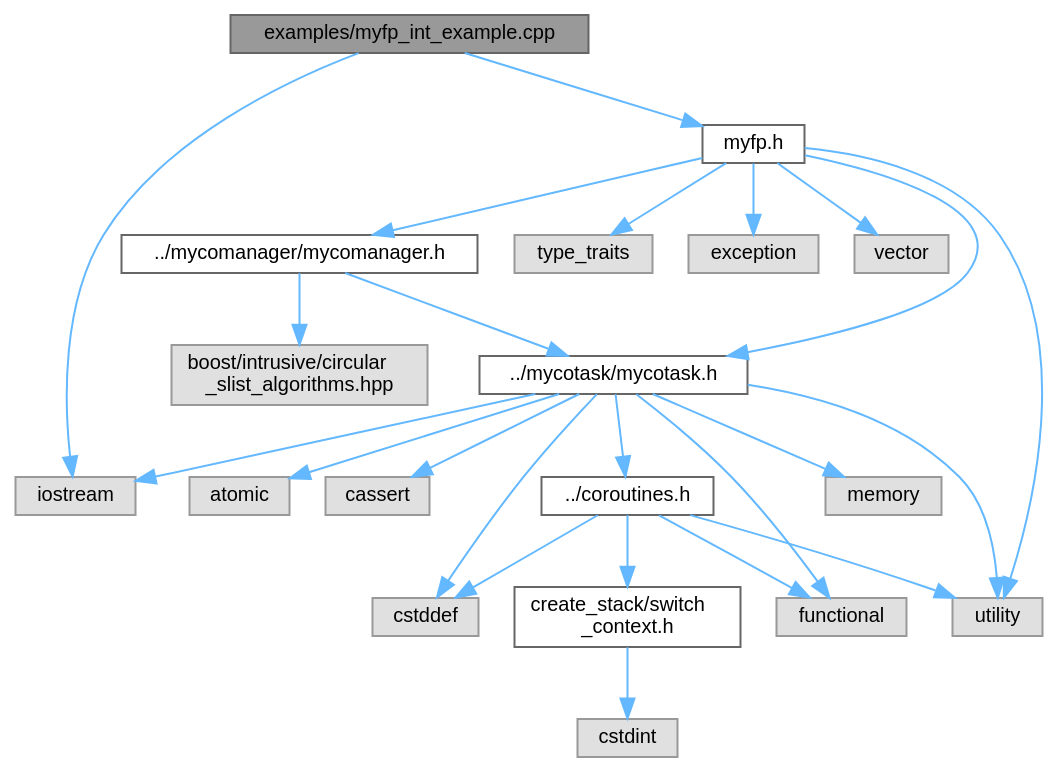
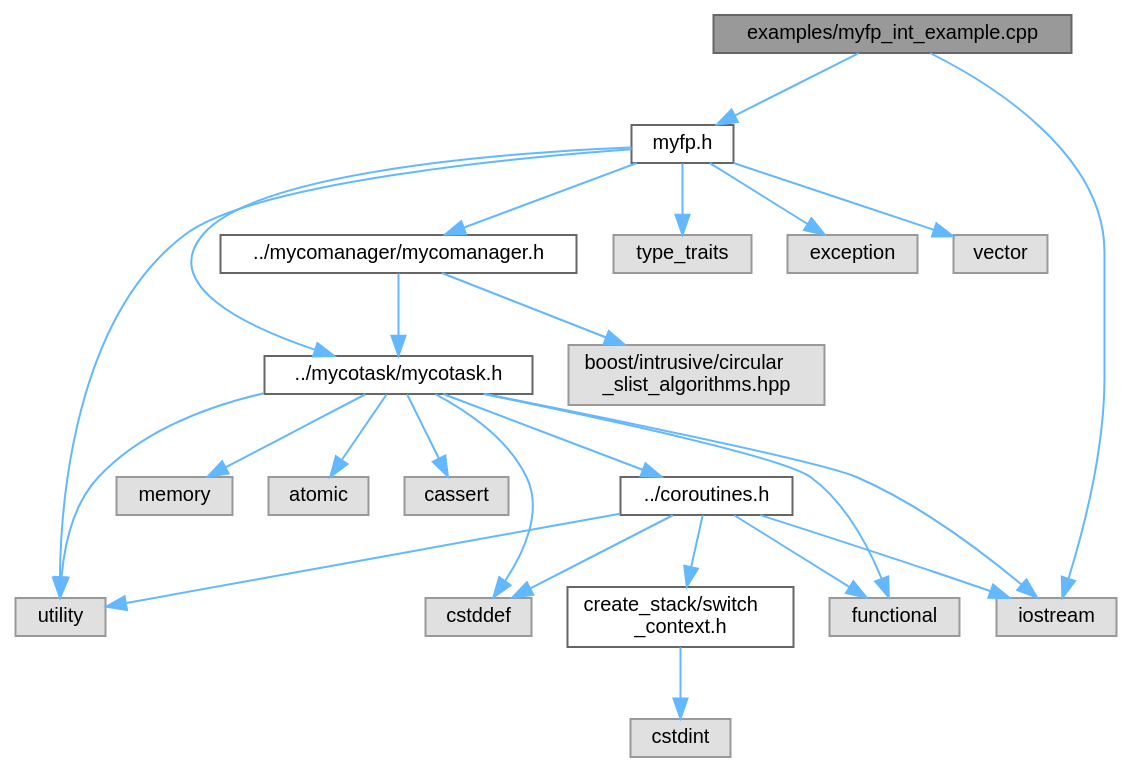
Before and after one commit to lalkaman1981/coroutins: the diagram in myfp__int__example_8cpp__incl.dot, drawn with Graphviz. The commit also changed 16 other files, not shown here.

```diff
--- a/myfp__int__example_8cpp__incl.dot
+++ b/myfp__int__example_8cpp__incl.dot
@@ -1,48 +1,49 @@
 digraph "examples/myfp_int_example.cpp"
 {
  // LATEX_PDF_SIZE
   bgcolor="transparent";
   edge [fontname=Helvetica,fontsize=10,labelfontname=Helvetica,labelfontsize=10];
   node [fontname=Helvetica,fontsize=10,shape=box,height=0.2,width=0.4];
   Node1 [id="Node000001",label="examples/myfp_int_example.cpp",height=0.2,width=0.4,color="gray40", fillcolor="grey60", style="filled", fontcolor="black",tooltip=" "];
   Node1 -> Node2 [id="edge1_Node000001_Node000002",color="steelblue1",style="solid",tooltip=" "];
   Node2 [id="Node000002",label="myfp.h",height=0.2,width=0.4,color="grey40", fillcolor="white", style="filled",URL="$myfp_8h.html",tooltip="Promise/Future pattern implementation for coroutines."];
   Node2 -> Node3 [id="edge2_Node000002_Node000003",color="steelblue1",style="solid",tooltip=" "];
   Node3 [id="Node000003",label="exception",height=0.2,width=0.4,color="grey60", fillcolor="#E0E0E0", style="filled",tooltip=" "];
   Node2 -> Node4 [id="edge3_Node000002_Node000004",color="steelblue1",style="solid",tooltip=" "];
   Node4 [id="Node000004",label="vector",height=0.2,width=0.4,color="grey60", fillcolor="#E0E0E0", style="filled",tooltip=" "];
   Node2 -> Node5 [id="edge4_Node000002_Node000005",color="steelblue1",style="solid",tooltip=" "];
   Node5 [id="Node000005",label="utility",height=0.2,width=0.4,color="grey60", fillcolor="#E0E0E0", style="filled",tooltip=" "];
   Node2 -> Node6 [id="edge5_Node000002_Node000006",color="steelblue1",style="solid",tooltip=" "];
   Node6 [id="Node000006",label="type_traits",height=0.2,width=0.4,color="grey60", fillcolor="#E0E0E0", style="filled",tooltip=" "];
   Node2 -> Node7 [id="edge6_Node000002_Node000007",color="steelblue1",style="solid",tooltip=" "];
   Node7 [id="Node000007",label="../mycomanager/mycomanager.h",height=0.2,width=0.4,color="grey40", fillcolor="white", style="filled",URL="$mycomanager_8h.html",tooltip="Coroutine scheduler for managing multiple cooperative tasks."];
   Node7 -> Node8 [id="edge7_Node000007_Node000008",color="steelblue1",style="solid",tooltip=" "];
   Node8 [id="Node000008",label="../mycotask/mycotask.h",height=0.2,width=0.4,color="grey40", fillcolor="white", style="filled",URL="$mycotask_8h.html",tooltip="Stackful coroutine implementation with cooperative multitasking."];
   Node8 -> Node9 [id="edge8_Node000008_Node000009",color="steelblue1",style="solid",tooltip=" "];
   Node9 [id="Node000009",label="cstddef",height=0.2,width=0.4,color="grey60", fillcolor="#E0E0E0", style="filled",tooltip=" "];
   Node8 -> Node10 [id="edge9_Node000008_Node000010",color="steelblue1",style="solid",tooltip=" "];
   Node10 [id="Node000010",label="functional",height=0.2,width=0.4,color="grey60", fillcolor="#E0E0E0", style="filled",tooltip=" "];
   Node8 -> Node11 [id="edge10_Node000008_Node000011",color="steelblue1",style="solid",tooltip=" "];
   Node11 [id="Node000011",label="memory",height=0.2,width=0.4,color="grey60", fillcolor="#E0E0E0", style="filled",tooltip=" "];
   Node8 -> Node12 [id="edge11_Node000008_Node000012",color="steelblue1",style="solid",tooltip=" "];
   Node12 [id="Node000012",label="atomic",height=0.2,width=0.4,color="grey60", fillcolor="#E0E0E0", style="filled",tooltip=" "];
   Node8 -> Node13 [id="edge12_Node000008_Node000013",color="steelblue1",style="solid",tooltip=" "];
   Node13 [id="Node000013",label="../coroutines.h",height=0.2,width=0.4,color="grey40", fillcolor="white", style="filled",URL="$coroutines_8h.html",tooltip="Main coroutine API header."];
   Node13 -> Node9 [id="edge13_Node000013_Node000009",color="steelblue1",style="solid",tooltip=" "];
   Node13 -> Node10 [id="edge14_Node000013_Node000010",color="steelblue1",style="solid",tooltip=" "];
   Node13 -> Node5 [id="edge15_Node000013_Node000005",color="steelblue1",style="solid",tooltip=" "];
   Node13 -> Node14 [id="edge16_Node000013_Node000014",color="steelblue1",style="solid",tooltip=" "];
-  Node14 [id="Node000014",label="create_stack/switch\l_context.h",height=0.2,width=0.4,color="grey40", fillcolor="white", style="filled",URL="$switch__context_8h.html",tooltip="Core data structures for coroutine context switching."];
-  Node14 -> Node15 [id="edge17_Node000014_Node000015",color="steelblue1",style="solid",tooltip=" "];
-  Node15 [id="Node000015",label="cstdint",height=0.2,width=0.4,color="grey60", fillcolor="#E0E0E0", style="filled",tooltip=" "];
-  Node8 -> Node16 [id="edge18_Node000008_Node000016",color="steelblue1",style="solid",tooltip=" "];
-  Node16 [id="Node000016",label="iostream",height=0.2,width=0.4,color="grey60", fillcolor="#E0E0E0", style="filled",tooltip=" "];
-  Node8 -> Node5 [id="edge19_Node000008_Node000005",color="steelblue1",style="solid",tooltip=" "];
-  Node8 -> Node17 [id="edge20_Node000008_Node000017",color="steelblue1",style="solid",tooltip=" "];
+  Node14 [id="Node000014",label="iostream",height=0.2,width=0.4,color="grey60", fillcolor="#E0E0E0", style="filled",tooltip=" "];
+  Node13 -> Node15 [id="edge17_Node000013_Node000015",color="steelblue1",style="solid",tooltip=" "];
+  Node15 [id="Node000015",label="create_stack/switch\l_context.h",height=0.2,width=0.4,color="grey40", fillcolor="white", style="filled",URL="$switch__context_8h.html",tooltip="Core data structures for coroutine context switching."];
+  Node15 -> Node16 [id="edge18_Node000015_Node000016",color="steelblue1",style="solid",tooltip=" "];
+  Node16 [id="Node000016",label="cstdint",height=0.2,width=0.4,color="grey60", fillcolor="#E0E0E0", style="filled",tooltip=" "];
+  Node8 -> Node14 [id="edge19_Node000008_Node000014",color="steelblue1",style="solid",tooltip=" "];
+  Node8 -> Node5 [id="edge20_Node000008_Node000005",color="steelblue1",style="solid",tooltip=" "];
+  Node8 -> Node17 [id="edge21_Node000008_Node000017",color="steelblue1",style="solid",tooltip=" "];
   Node17 [id="Node000017",label="cassert",height=0.2,width=0.4,color="grey60", fillcolor="#E0E0E0", style="filled",tooltip=" "];
-  Node7 -> Node18 [id="edge21_Node000007_Node000018",color="steelblue1",style="solid",tooltip=" "];
+  Node7 -> Node18 [id="edge22_Node000007_Node000018",color="steelblue1",style="solid",tooltip=" "];
   Node18 [id="Node000018",label="boost/intrusive/circular\l_slist_algorithms.hpp",height=0.2,width=0.4,color="grey60", fillcolor="#E0E0E0", style="filled",tooltip=" "];
-  Node2 -> Node8 [id="edge22_Node000002_Node000008",color="steelblue1",style="solid",tooltip=" "];
-  Node1 -> Node16 [id="edge23_Node000001_Node000016",color="steelblue1",style="solid",tooltip=" "];
+  Node2 -> Node8 [id="edge23_Node000002_Node000008",color="steelblue1",style="solid",tooltip=" "];
+  Node1 -> Node14 [id="edge24_Node000001_Node000014",color="steelblue1",style="solid",tooltip=" "];
 }
```
